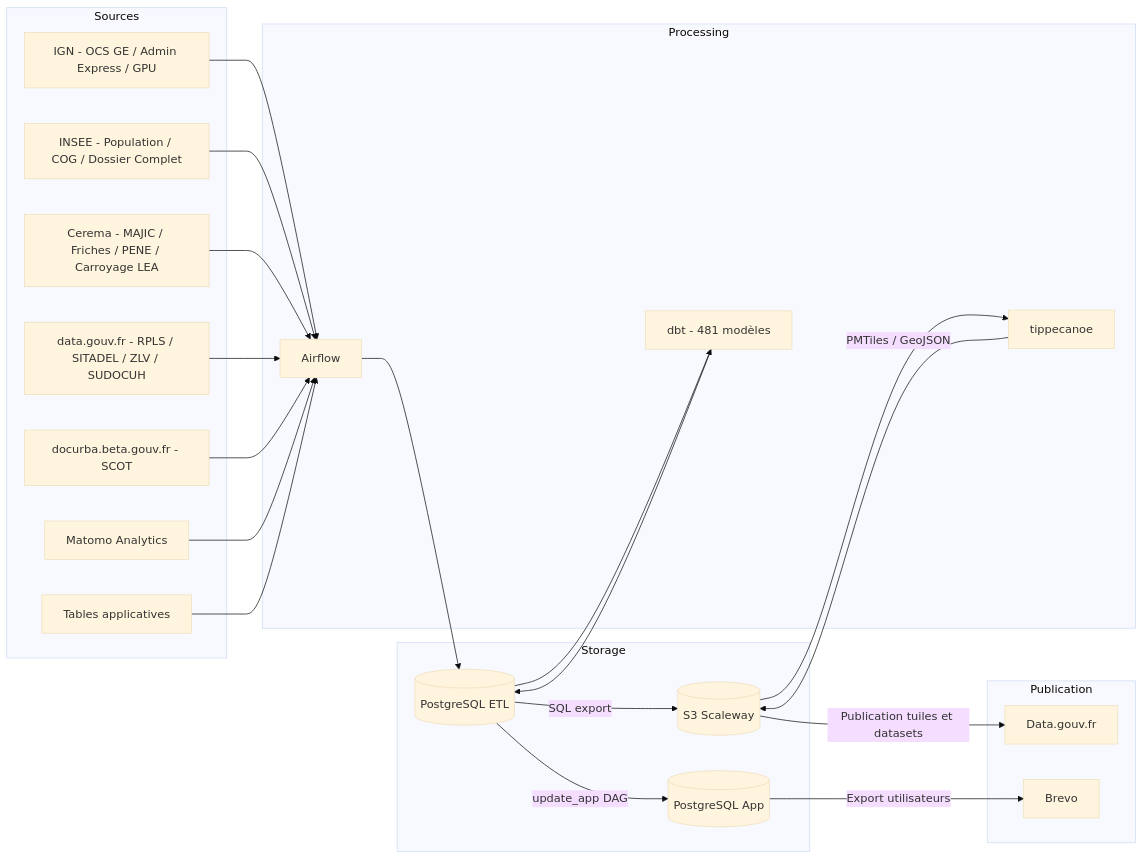
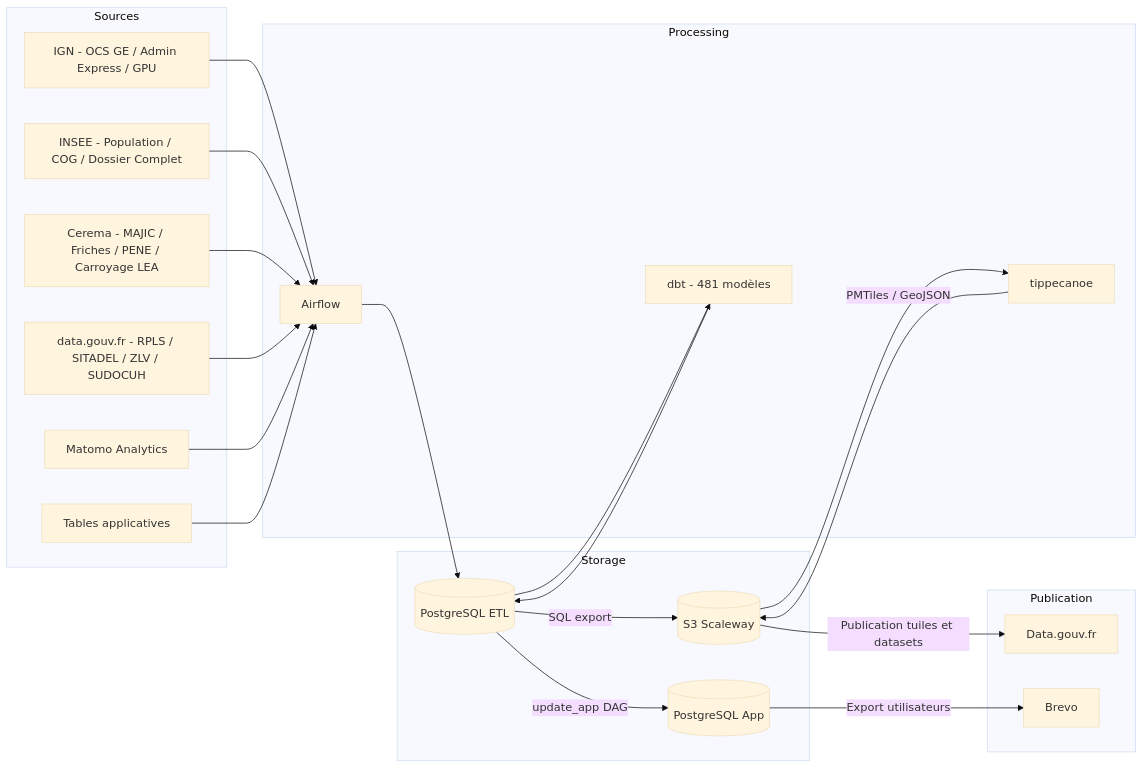
The second of 3 diagrams in docs/dat.md (MTES-MCT/sparte), drawn with Mermaid (base theme) before and after one commit. The commit also changed other lines of this file and 7 other files, not shown here.

````diff
--- a/docs/dat.md
+++ b/docs/dat.md
@@ -282,47 +281,45 @@
 ```mermaid
 flowchart LR
     subgraph Sources
         IGN[IGN - OCS GE / Admin Express / GPU]
         INSEE[INSEE - Population / COG / Dossier Complet]
         CEREMA[Cerema - MAJIC / Friches / PENE / Carroyage LEA]
         OPENDATA[data.gouv.fr - RPLS / SITADEL / ZLV / SUDOCUH]
-        DOCURBA[docurba.beta.gouv.fr - SCOT]
         MATOMO_SRC[Matomo Analytics]
         APP_SRC[Tables applicatives]
     end
 
     subgraph Processing
         AF[Airflow]
         DBT[dbt - 481 modèles]
         TIPPECANOE[tippecanoe]
     end
 
     subgraph Storage
         PG[(PostgreSQL ETL)]
         S3[(S3 Scaleway)]
         APP_DB[(PostgreSQL App)]
     end
 
     subgraph Publication
         DG[Data.gouv.fr]
         BREVO[Brevo]
     end
 
     IGN --> AF
     INSEE --> AF
     CEREMA --> AF
     OPENDATA --> AF
-    DOCURBA --> AF
     MATOMO_SRC --> AF
     APP_SRC --> AF
 
     AF --> PG
     PG --> DBT
     DBT --> PG
     PG --> |update_app DAG| APP_DB
     PG --> |SQL export| S3
     S3 --> TIPPECANOE
     TIPPECANOE --> |PMTiles / GeoJSON| S3
     S3 --> |Publication tuiles et datasets| DG
     APP_DB --> |Export utilisateurs| BREVO
 ```
````
